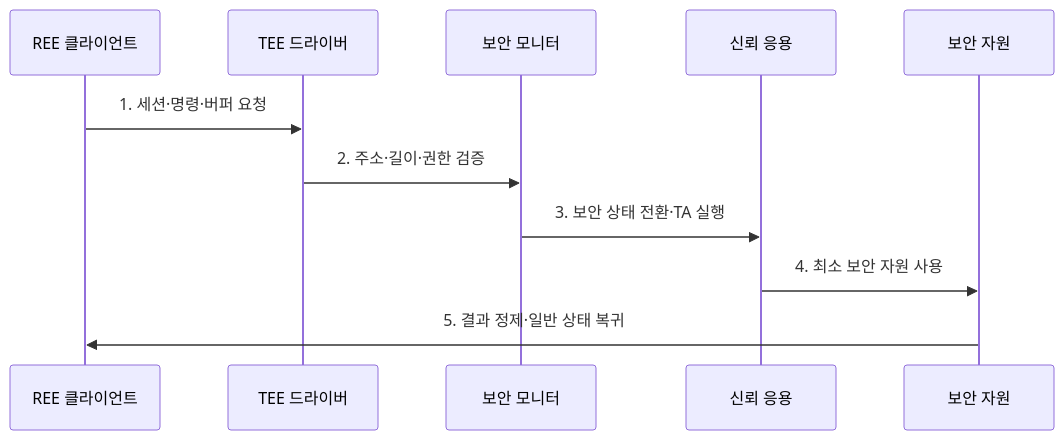
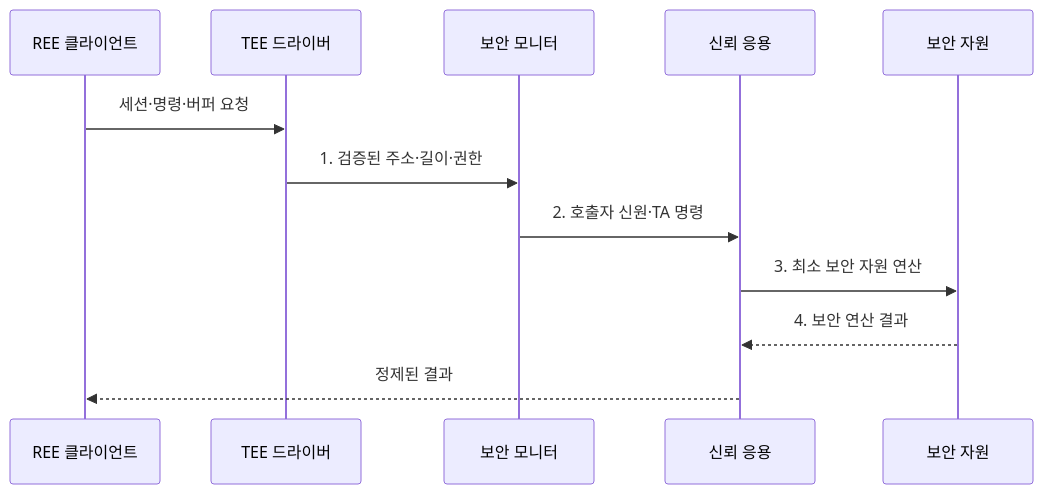
One commit to agnusdei1207/knowledge-base changed the second of 2 diagrams in src/content/docs/notes/05-security/128_arm_trustzone.md. Above: the diagram before and after it, drawn with Mermaid. The commit also changed other lines of this file and 20 other files, not shown here.

````diff
--- a/src/content/docs/notes/05-security/128_arm_trustzone.md
+++ b/src/content/docs/notes/05-security/128_arm_trustzone.md
@@ -82,13 +82,14 @@
 ```mermaid
 sequenceDiagram
   participant C as REE 클라이언트
   participant D as TEE 드라이버
   participant M as 보안 모니터
   participant T as 신뢰 응용
   participant H as 보안 자원
-  C->>D: 1. 세션·명령·버퍼 요청
-  D->>M: 2. 주소·길이·권한 검증
-  M->>T: 3. 보안 상태 전환·TA 실행
-  T->>H: 4. 최소 보안 자원 사용
-  H->>C: 5. 결과 정제·일반 상태 복귀
+  C->>D: 세션·명령·버퍼 요청
+  D->>M: 1. 검증된 주소·길이·권한
+  M->>T: 2. 호출자 신원·TA 명령
+  T->>H: 3. 최소 보안 자원 연산
+  H-->>T: 4. 보안 연산 결과
+  T-->>C: 정제된 결과
 ```
````
